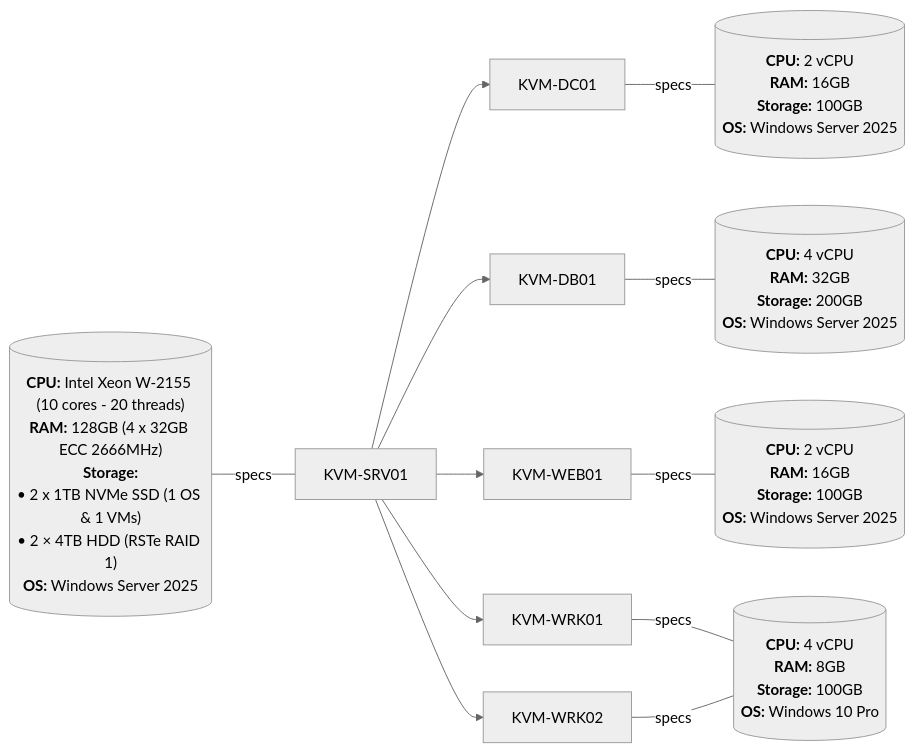
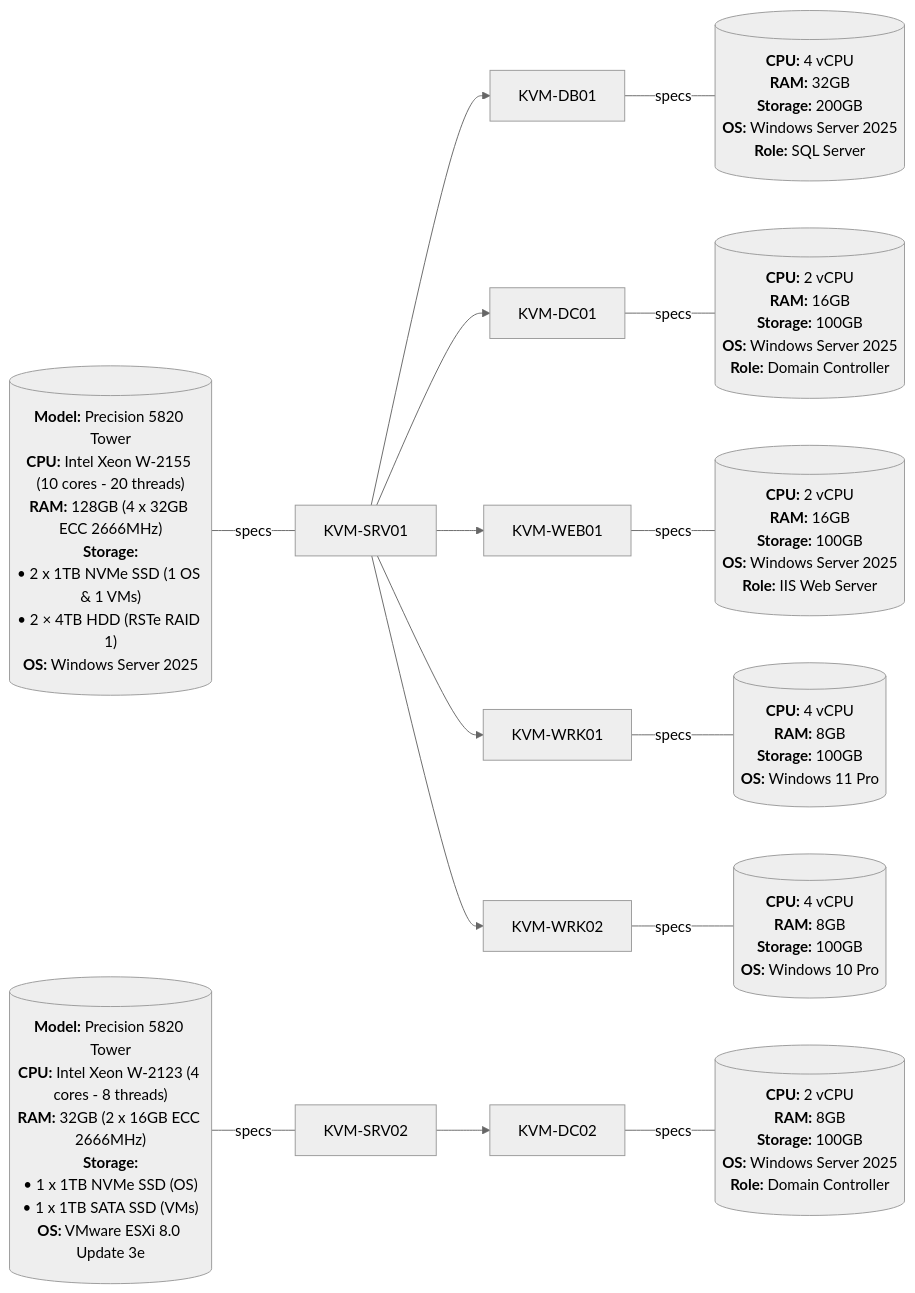
Before and after one commit to khangvum/homelab-ansible-config: the diagram in README.md, drawn with Mermaid (neutral theme).

Commit message:
Added KVM-SRV02 in Setup Diagram

````diff
--- a/README.md
+++ b/README.md
@@ -14,33 +14,56 @@
 ```mermaid
 flowchart LR
     %% 1. KVM-SRV01
     %% - Host
-    SRV01_SPECS[("`**CPU:** Intel Xeon W-2155 (10 cores - 20 threads)
+    SRV01_SPECS[("`**Model:** Precision 5820 Tower
+        **CPU:** Intel Xeon W-2155 (10 cores - 20 threads)
         **RAM:** 128GB (4 x 32GB ECC 2666MHz)
         **Storage:**
         • 2 x 1TB NVMe SSD (1 OS & 1 VMs)
         • 2 × 4TB HDD (RSTe RAID 1)
         **OS:** Windows Server 2025`")] -- specs --- SRV01[KVM-SRV01]
     
     %% - VMs
+    SRV01 --> DB01[KVM-DB01] -- specs --- DB01_SPECS[("`**CPU:** 4 vCPU
+                                                        **RAM:** 32GB
+                                                        **Storage:** 200GB
+                                                        **OS:** Windows Server 2025
+                                                        **Role:** SQL Server`")]
     SRV01 --> DC01[KVM-DC01] -- specs --- DC01_SPECS[("`**CPU:** 2 vCPU
                                                         **RAM:** 16GB
                                                         **Storage:** 100GB
-                                                        **OS:** Windows Server 2025`")]
-    SRV01 --> DB01[KVM-DB01] -- specs --- DB01_SPECS[("`**CPU:** 4 vCPU
-                                                        **RAM:** 32GB
-                                                        **Storage:** 200GB
-                                                        **OS:** Windows Server 2025`")]
+                                                        **OS:** Windows Server 2025
+                                                        **Role:** Domain Controller`")]
     SRV01 --> WEB01[KVM-WEB01] -- specs --- WEB01_SPECS[("`**CPU:** 2 vCPU
                                                             **RAM:** 16GB
                                                             **Storage:** 100GB
-                                                            **OS:** Windows Server 2025`")]
+                                                            **OS:** Windows Server 2025
+                                                            **Role:** IIS Web Server`")]
     SRV01 --> WRK01[KVM-WRK01] -- specs --- WRK01_SPECS[("`**CPU:** 4 vCPU
                                                             **RAM:** 8GB
                                                             **Storage:** 100GB
                                                             **OS:** Windows 11 Pro`")]
-    SRV01 --> WRK02[KVM-WRK02] -- specs --- WRK01_SPECS[("`**CPU:** 4 vCPU
+    SRV01 --> WRK02[KVM-WRK02] -- specs --- WRK02_SPECS[("`**CPU:** 4 vCPU
                                                             **RAM:** 8GB
                                                             **Storage:** 100GB
                                                             **OS:** Windows 10 Pro`")]
+
+    
+
+    %% 2. KVM-SRV02
+    %% - Host
+    SRV02_SPECS[("`**Model:** Precision 5820 Tower
+        **CPU:** Intel Xeon W-2123 (4 cores - 8 threads)
+        **RAM:** 32GB (2 x 16GB ECC 2666MHz)
+        **Storage:**
+        • 1 x 1TB NVMe SSD (OS)
+        • 1 x 1TB SATA SSD (VMs)
+        **OS:** VMware ESXi 8.0 Update 3e`")] -- specs --- SRV02[KVM-SRV02]
+
+    %% - VMs
+    SRV02 --> DC02[KVM-DC02] -- specs --- DC02_SPECS[("`**CPU:** 2 vCPU
+                                                        **RAM:** 8GB
+                                                        **Storage:** 100GB
+                                                        **OS:** Windows Server 2025
+                                                        **Role:** Domain Controller`")]
 ```
````
